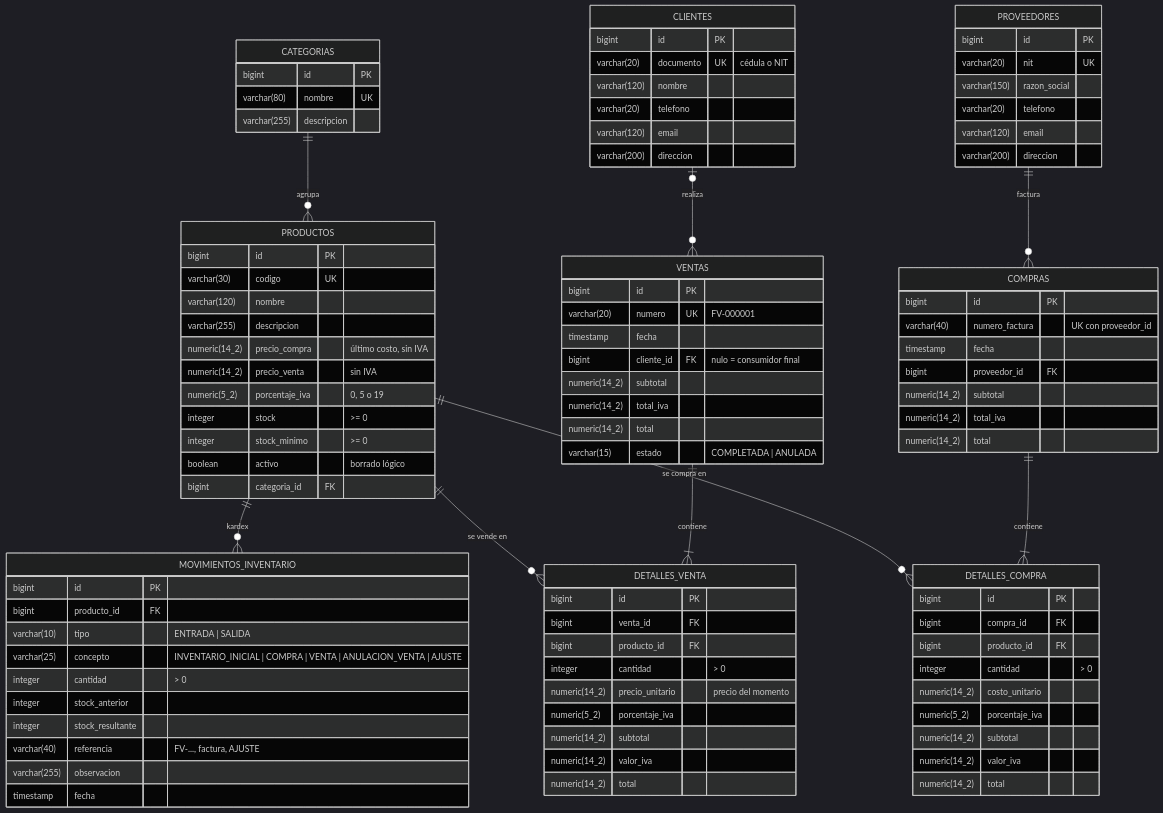
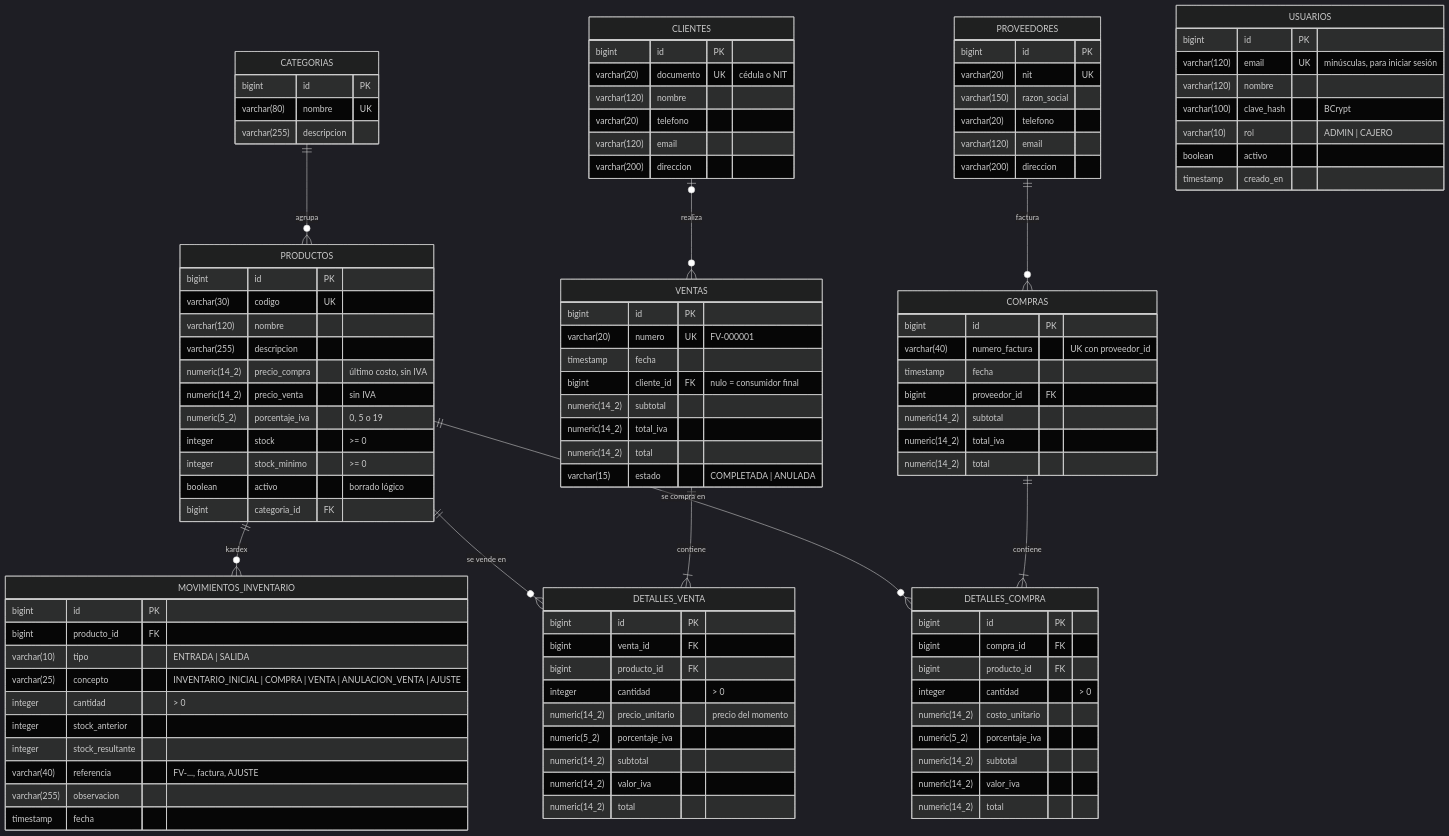
One commit to JOSEPHORTIZ21/minierp changed the diagram in docs/datos/modelo.md. Above: the diagram before and after it, drawn with Mermaid (dark theme). The commit also changed other lines of this file and 6 other files, not shown here.

```diff
--- a/docs/datos/modelo.md
+++ b/docs/datos/modelo.md
@@ -90,6 +90,15 @@
         numeric(14_2) valor_iva
         numeric(14_2) total
     }
+    USUARIOS {
+        bigint id PK
+        varchar(120) email UK "minúsculas, para iniciar sesión"
+        varchar(120) nombre
+        varchar(100) clave_hash "BCrypt"
+        varchar(10) rol "ADMIN | CAJERO"
+        boolean activo
+        timestamp creado_en
+    }
     MOVIMIENTOS_INVENTARIO {
         bigint id PK
         bigint producto_id FK
```
